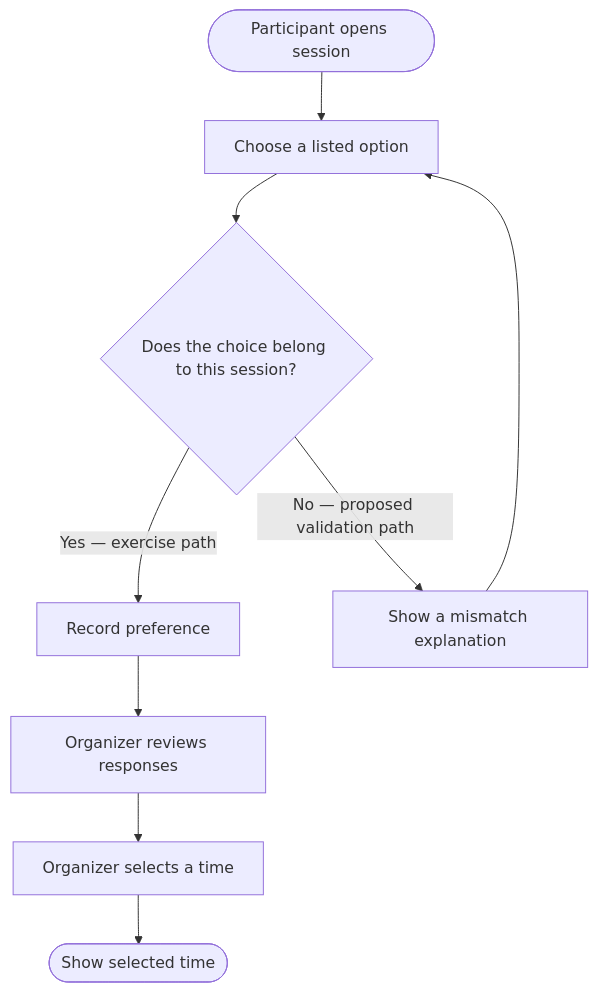
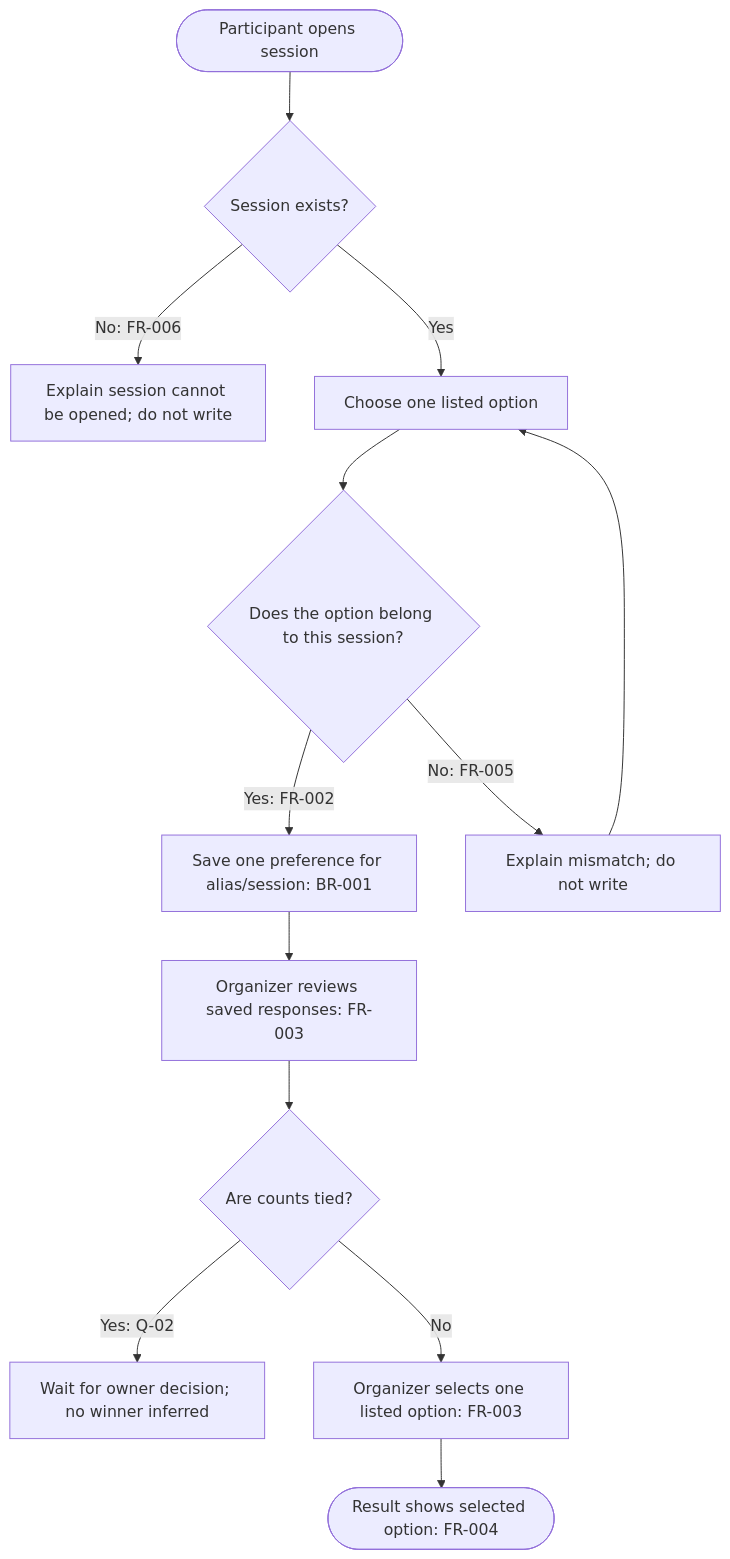
The second of 3 diagrams in docs/curriculum/samples/group-05-plantuml-behavior.md (MahmoudAlmodalal/Ai_agents), drawn with Mermaid before and after one commit. The commit also changed other lines of this file and 54 other files, not shown here.

````diff
--- a/docs/curriculum/samples/group-05-plantuml-behavior.md
+++ b/docs/curriculum/samples/group-05-plantuml-behavior.md
@@ -37,11 +57,15 @@
 ```mermaid
 flowchart TD
-  Start([Participant opens session]) --> Choose[Choose a listed option]
-  Choose --> Valid{Does the choice belong to this session?}
-  Valid -->|Yes — exercise path| Save[Record preference]
-  Save --> Review[Organizer reviews responses]
-  Review --> Select[Organizer selects a time]
-  Select --> Done([Show selected time])
-  Valid -->|No — proposed validation path| Reject[Show a mismatch explanation]
+  Start([Participant opens session]) --> Known{Session exists?}
+  Known -->|No: FR-006| NoSession[Explain session cannot be opened; do not write]
+  Known -->|Yes| Choose[Choose one listed option]
+  Choose --> Valid{Does the option belong to this session?}
+  Valid -->|Yes: FR-002| Save[Save one preference for alias/session: BR-001]
+  Save --> Review[Organizer reviews saved responses: FR-003]
+  Review --> Tie{Are counts tied?}
+  Tie -->|Yes: Q-02| TieOpen[Wait for owner decision; no winner inferred]
+  Tie -->|No| Select[Organizer selects one listed option: FR-003]
+  Select --> Done([Result shows selected option: FR-004])
+  Valid -->|No: FR-005| Reject[Explain mismatch; do not write]
   Reject --> Choose
 ```
````
